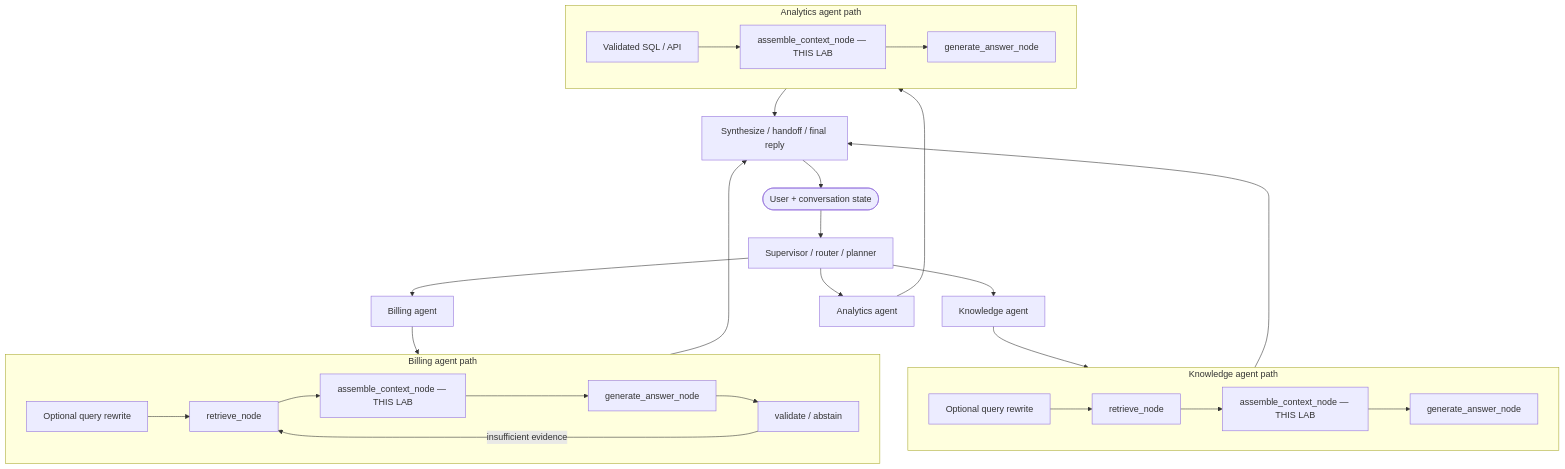
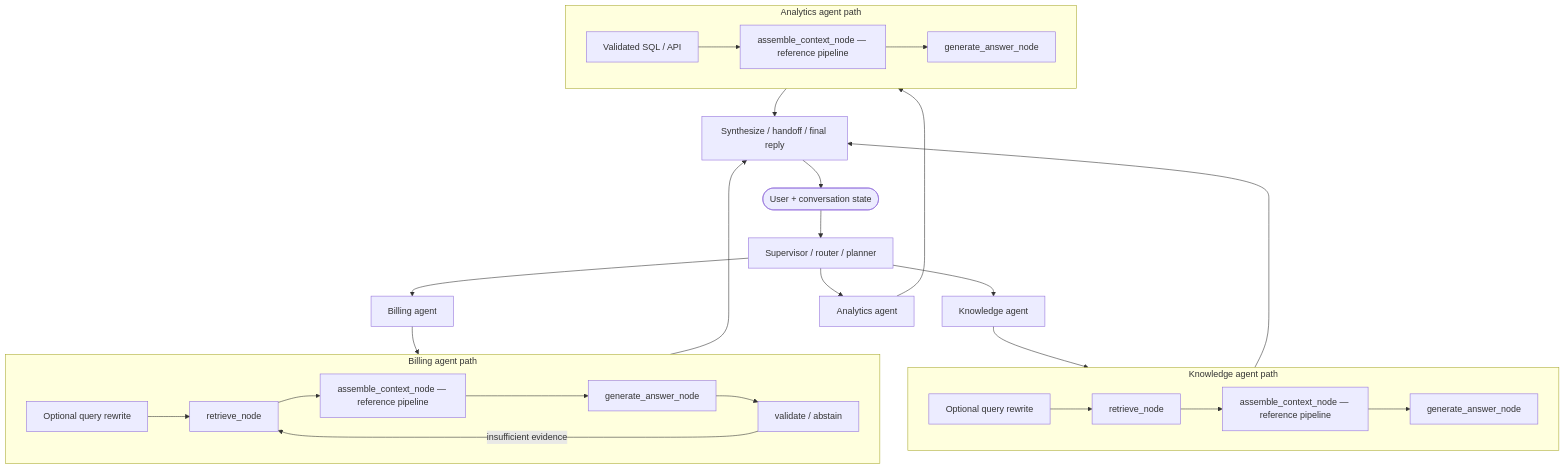
One commit to CaioHAndradeLima/contexting-strategies changed the first of 2 diagrams in README.md. Above: the diagram before and after it, drawn with Mermaid. The commit also changed other lines of this file and 1 other file, not shown here.

Commit message:
Frame repo as reference implementation and best practices, not a learning lab. (#13)

````diff
--- a/README.md
+++ b/README.md
@@ -11,44 +11,44 @@
 ```mermaid
 flowchart TB
   User([User + conversation state]) --> Sup[Supervisor / router / planner]
 
   Sup --> AgBill[Billing agent]
   Sup --> AgKnow[Knowledge agent]
   Sup --> AgAn[Analytics agent]
 
   subgraph bill [Billing agent path]
     direction LR
     b_rw[Optional query rewrite]
     b_ret[retrieve_node]
-    b_asm["assemble_context_node — THIS LAB"]
+    b_asm["assemble_context_node — reference pipeline"]
     b_gen[generate_answer_node]
     b_val[validate / abstain]
     b_rw --> b_ret --> b_asm --> b_gen --> b_val
     b_val -->|insufficient evidence| b_ret
   end
 
   subgraph know [Knowledge agent path]
     direction LR
     k_ret[retrieve_node]
-    k_asm["assemble_context_node — THIS LAB"]
+    k_asm["assemble_context_node — reference pipeline"]
     k_gen[generate_answer_node]
     k_rw2[Optional query rewrite] --> k_ret --> k_asm --> k_gen
   end
 
   subgraph anal [Analytics agent path]
     direction LR
     a_sql[Validated SQL / API]
-    a_asm["assemble_context_node — THIS LAB"]
+    a_asm["assemble_context_node — reference pipeline"]
     a_gen[generate_answer_node]
     a_sql --> a_asm --> a_gen
   end
 
   AgBill --> bill
   AgKnow --> know
   AgAn --> anal
 
   b_val --> Merge[Synthesize / handoff / final reply]
   k_gen --> Merge
   a_gen --> Merge
   Merge --> User
 ```
````
